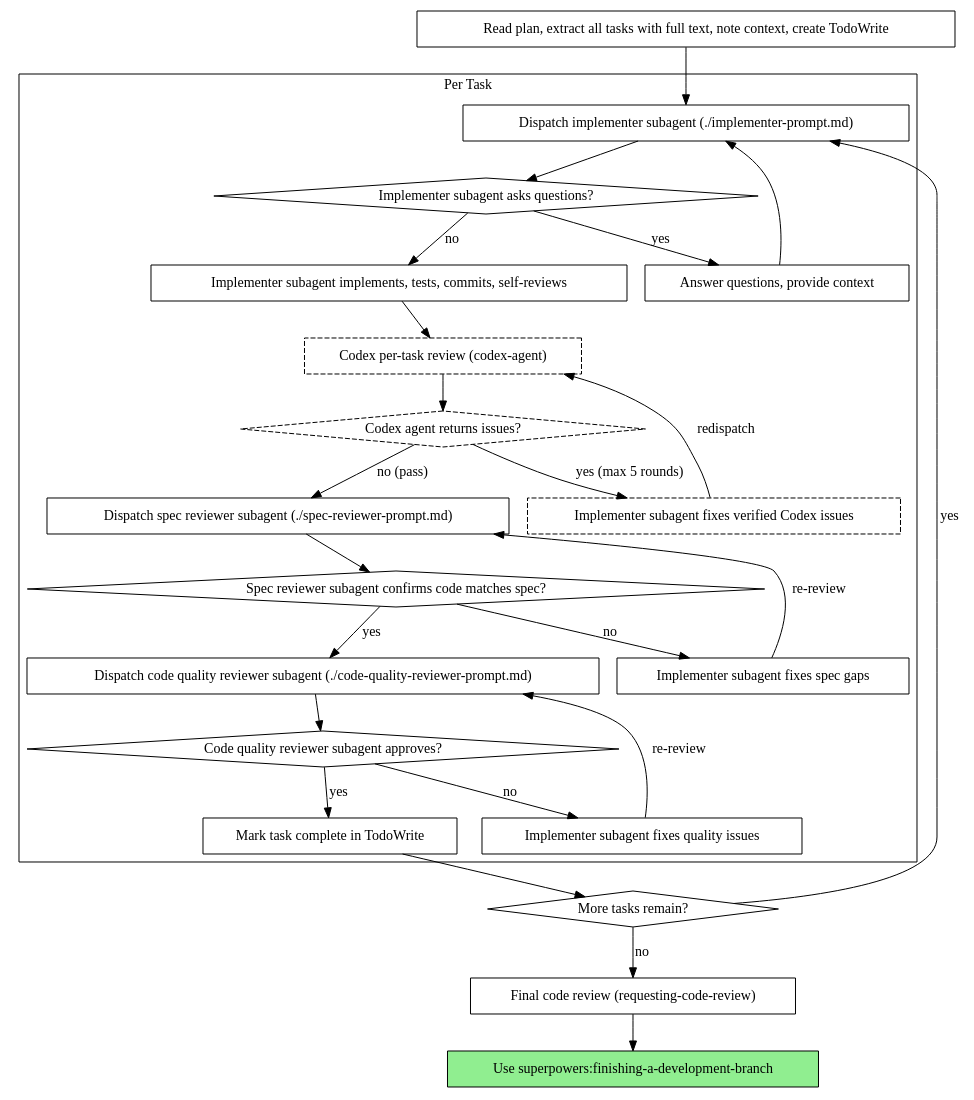
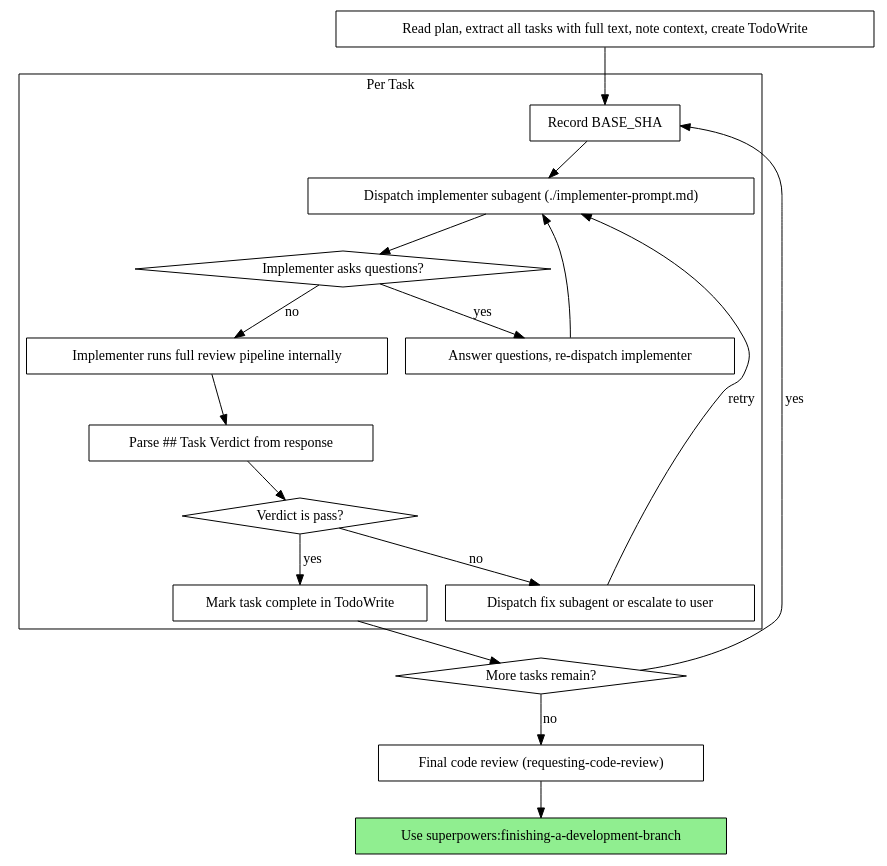
The second of 2 diagrams in skills/subagent-driven-development/SKILL.md (ebitoro/superpowers), drawn with Graphviz before and after one commit. The commit also changed other lines of this file and 5 other files, not shown here.

First line of the commit message:
refactor(subagent-driven-dev): consolidate review pipeline into implementer subagent

````diff
--- a/skills/subagent-driven-development/SKILL.md
+++ b/skills/subagent-driven-development/SKILL.md
@@ -71,51 +71,39 @@
 ```dot
 digraph process {
     rankdir=TB;
 
     subgraph cluster_per_task {
         label="Per Task";
+        "Record BASE_SHA" [shape=box];
         "Dispatch implementer subagent (./implementer-prompt.md)" [shape=box];
-        "Implementer subagent asks questions?" [shape=diamond];
-        "Answer questions, provide context" [shape=box];
-        "Implementer subagent implements, tests, commits, self-reviews" [shape=box];
-        "Codex per-task review (codex-agent)" [shape=box style=dashed];
-        "Codex agent returns issues?" [shape=diamond style=dashed];
-        "Implementer subagent fixes verified Codex issues" [shape=box style=dashed];
-        "Dispatch spec reviewer subagent (./spec-reviewer-prompt.md)" [shape=box];
-        "Spec reviewer subagent confirms code matches spec?" [shape=diamond];
-        "Implementer subagent fixes spec gaps" [shape=box];
-        "Dispatch code quality reviewer subagent (./code-quality-reviewer-prompt.md)" [shape=box];
-        "Code quality reviewer subagent approves?" [shape=diamond];
-        "Implementer subagent fixes quality issues" [shape=box];
+        "Implementer asks questions?" [shape=diamond];
+        "Answer questions, re-dispatch implementer" [shape=box];
+        "Implementer runs full review pipeline internally" [shape=box];
+        "Parse ## Task Verdict from response" [shape=box];
+        "Verdict is pass?" [shape=diamond];
+        "Dispatch fix subagent or escalate to user" [shape=box];
         "Mark task complete in TodoWrite" [shape=box];
     }
 
     "Read plan, extract all tasks with full text, note context, create TodoWrite" [shape=box];
     "More tasks remain?" [shape=diamond];
     "Final code review (requesting-code-review)" [shape=box];
     "Use superpowers:finishing-a-development-branch" [shape=box style=filled fillcolor=lightgreen];
 
-    "Read plan, extract all tasks with full text, note context, create TodoWrite" -> "Dispatch implementer subagent (./implementer-prompt.md)";
-    "Dispatch implementer subagent (./implementer-prompt.md)" -> "Implementer subagent asks questions?";
-    "Implementer subagent asks questions?" -> "Answer questions, provide context" [label="yes"];
-    "Answer questions, provide context" -> "Dispatch implementer subagent (./implementer-prompt.md)";
-    "Implementer subagent asks questions?" -> "Implementer subagent implements, tests, commits, self-reviews" [label="no"];
-    "Implementer subagent implements, tests, commits, self-reviews" -> "Codex per-task review (codex-agent)";
-    "Codex per-task review (codex-agent)" -> "Codex agent returns issues?";
-    "Codex agent returns issues?" -> "Implementer subagent fixes verified Codex issues" [label="yes (max 5 rounds)"];
-    "Implementer subagent fixes verified Codex issues" -> "Codex per-task review (codex-agent)" [label="redispatch"];
-    "Codex agent returns issues?" -> "Dispatch spec reviewer subagent (./spec-reviewer-prompt.md)" [label="no (pass)"];
-    "Dispatch spec reviewer subagent (./spec-reviewer-prompt.md)" -> "Spec reviewer subagent confirms code matches spec?";
-    "Spec reviewer subagent confirms code matches spec?" -> "Implementer subagent fixes spec gaps" [label="no"];
-    "Implementer subagent fixes spec gaps" -> "Dispatch spec reviewer subagent (./spec-reviewer-prompt.md)" [label="re-review"];
-    "Spec reviewer subagent confirms code matches spec?" -> "Dispatch code quality reviewer subagent (./code-quality-reviewer-prompt.md)" [label="yes"];
-    "Dispatch code quality reviewer subagent (./code-quality-reviewer-prompt.md)" -> "Code quality reviewer subagent approves?";
-    "Code quality reviewer subagent approves?" -> "Implementer subagent fixes quality issues" [label="no"];
-    "Implementer subagent fixes quality issues" -> "Dispatch code quality reviewer subagent (./code-quality-reviewer-prompt.md)" [label="re-review"];
-    "Code quality reviewer subagent approves?" -> "Mark task complete in TodoWrite" [label="yes"];
+    "Read plan, extract all tasks with full text, note context, create TodoWrite" -> "Record BASE_SHA";
+    "Record BASE_SHA" -> "Dispatch implementer subagent (./implementer-prompt.md)";
+    "Dispatch implementer subagent (./implementer-prompt.md)" -> "Implementer asks questions?";
+    "Implementer asks questions?" -> "Answer questions, re-dispatch implementer" [label="yes"];
+    "Answer questions, re-dispatch implementer" -> "Dispatch implementer subagent (./implementer-prompt.md)";
+    "Implementer asks questions?" -> "Implementer runs full review pipeline internally" [label="no"];
+    "Implementer runs full review pipeline internally" -> "Parse ## Task Verdict from response";
+    "Parse ## Task Verdict from response" -> "Verdict is pass?";
+    "Verdict is pass?" -> "Mark task complete in TodoWrite" [label="yes"];
+    "Verdict is pass?" -> "Dispatch fix subagent or escalate to user" [label="no"];
+    "Dispatch fix subagent or escalate to user" -> "Dispatch implementer subagent (./implementer-prompt.md)" [label="retry"];
     "Mark task complete in TodoWrite" -> "More tasks remain?";
-    "More tasks remain?" -> "Dispatch implementer subagent (./implementer-prompt.md)" [label="yes"];
+    "More tasks remain?" -> "Record BASE_SHA" [label="yes"];
     "More tasks remain?" -> "Final code review (requesting-code-review)" [label="no"];
     "Final code review (requesting-code-review)" -> "Use superpowers:finishing-a-development-branch";
 }
 ```
````
